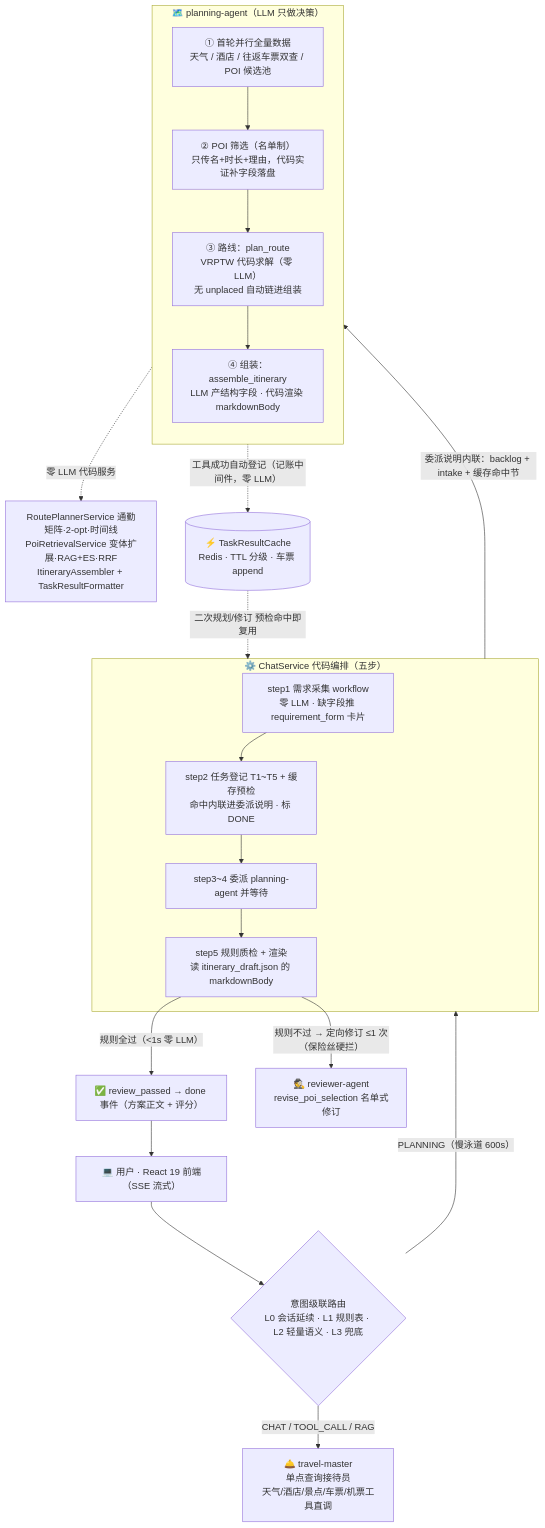
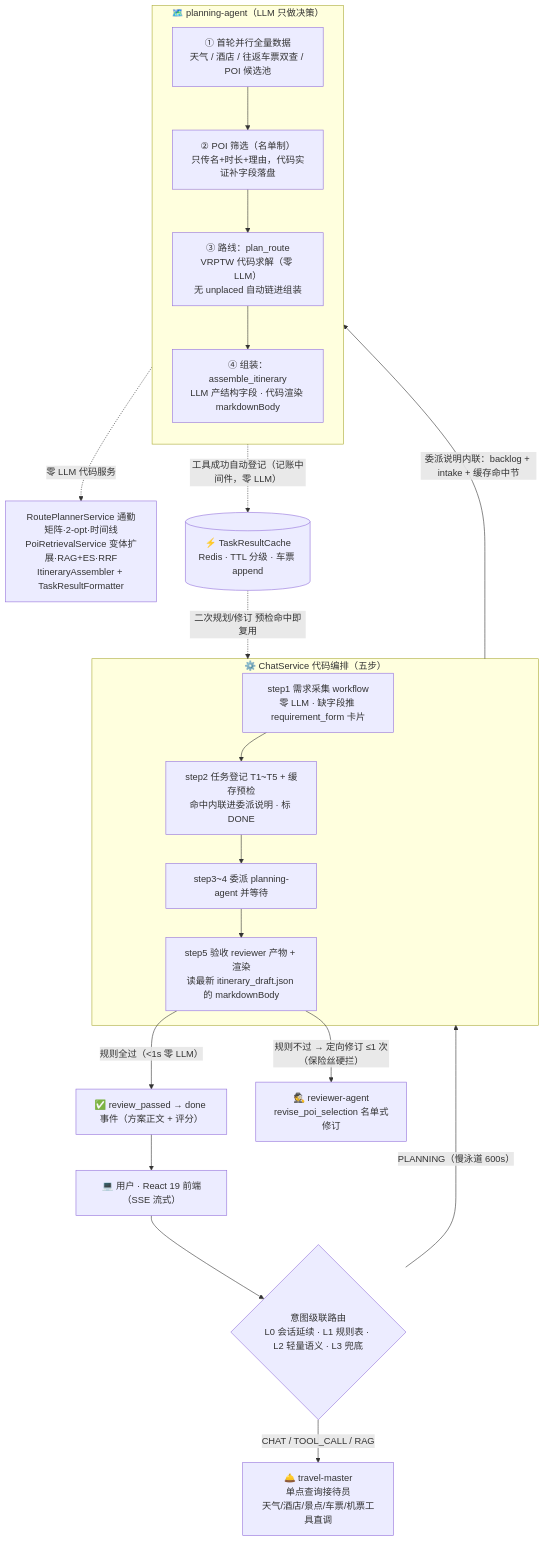
The diagram in README.md (Kilsme/TravelScope), drawn with Mermaid before and after one commit. The commit also changed other lines of this file and 25 other files, not shown here.

````diff
--- a/README.md
+++ b/README.md
@@ -58,36 +58,36 @@
 ```mermaid
 flowchart TD
     U["💻 用户 · React 19 前端（SSE 流式）"] --> IR{"意图级联路由<br/>L0 会话延续 · L1 规则表 · L2 轻量语义 · L3 兜底"}
 
     IR -->|"CHAT / TOOL_CALL / RAG"| M["🛎️ travel-master<br/>单点查询接待员<br/>天气/酒店/景点/车票/机票工具直调"]
 
     IR -->|"PLANNING（慢泳道 600s）"| CS
 
     subgraph CS ["⚙️ ChatService 代码编排（五步）"]
         S1["step1 需求采集 workflow<br/>零 LLM · 缺字段推 requirement_form 卡片"]
         S2["step2 任务登记 T1~T5 + 缓存预检<br/>命中内联进委派说明 · 标 DONE"]
         S34["step3~4 委派 planning-agent 并等待"]
-        S5["step5 规则质检 + 渲染<br/>读 itinerary_draft.json 的 markdownBody"]
+        S5["step5 验收 reviewer 产物 + 渲染<br/>读最新 itinerary_draft.json 的 markdownBody"]
         S1 --> S2 --> S34 --> S5
     end
 
     subgraph PA ["🗺️ planning-agent（LLM 只做决策）"]
         direction TB
         P1["① 首轮并行全量数据<br/>天气 / 酒店 / 往返车票双查 / POI 候选池"]
         P2["② POI 筛选（名单制）<br/>只传名+时长+理由，代码实证补字段落盘"]
         P3["③ 路线：plan_route<br/>VRPTW 代码求解（零 LLM）<br/>无 unplaced 自动链进组装"]
         P4["④ 组装：assemble_itinerary<br/>LLM 产结构字段 · 代码渲染 markdownBody"]
         P1 --> P2 --> P3 --> P4
     end
 
     CS -->|"委派说明内联：backlog + intake + 缓存命中节"| PA
 
     PA -.->|"零 LLM 代码服务"| SVC["RoutePlannerService 通勤矩阵·2-opt·时间线<br/>PoiRetrievalService 变体扩展·RAG+ES·RRF<br/>ItineraryAssembler + TaskResultFormatter"]
     PA -.->|"工具成功自动登记（记账中间件，零 LLM）"| TC[("⚡ TaskResultCache<br/>Redis · TTL 分级 · 车票 append")]
     TC -.->|"二次规划/修订 预检命中即复用"| CS
 
     S5 -->|"规则全过（<1s 零 LLM）"| OUT["✅ review_passed → done 事件（方案正文 + 评分）"]
     S5 -->|"规则不过 → 定向修订 ≤1 次（保险丝硬拦）"| RV["🕵️ reviewer-agent<br/>revise_poi_selection 名单式修订"]
 
     OUT --> U
 ```
````
